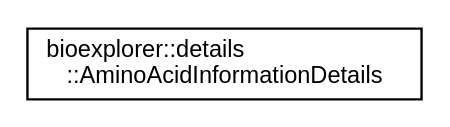
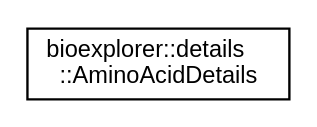
The diagram in docs/inherit_graph_13.dot (BlueBrain/BioExplorer), drawn with Graphviz before and after one commit. The commit also changed 377 other files, not shown here.

```diff
--- a/docs/inherit_graph_13.dot
+++ b/docs/inherit_graph_13.dot
@@ -1,8 +1,8 @@
 digraph "Graphical Class Hierarchy"
 {
  // LATEX_PDF_SIZE
   edge [fontname="Helvetica",fontsize="10",labelfontname="Helvetica",labelfontsize="10"];
   node [fontname="Helvetica",fontsize="10",shape=record];
   rankdir="LR";
-  Node0 [label="bioexplorer::details\l::AminoAcidInformationDetails",height=0.2,width=0.4,color="black", fillcolor="white", style="filled",URL="$d6/dda/structbioexplorer_1_1details_1_1AminoAcidInformationDetails.html",tooltip=" "];
+  Node0 [label="bioexplorer::details\l::AminoAcidDetails",height=0.2,width=0.4,color="black", fillcolor="white", style="filled",URL="$d3/dd3/structbioexplorer_1_1details_1_1AminoAcidDetails.html",tooltip="Structure used to set an amino acid in protein sequences."];
 }
```
